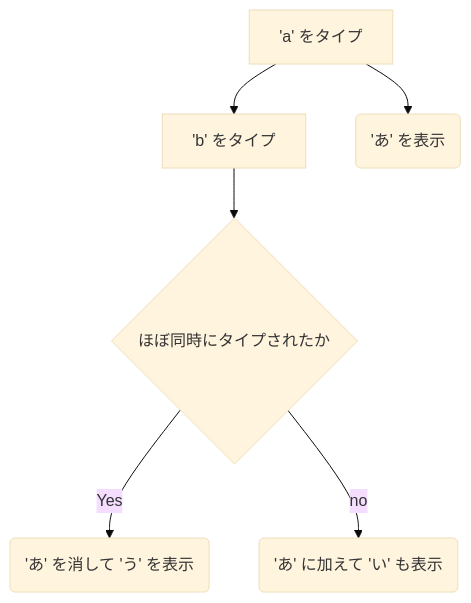
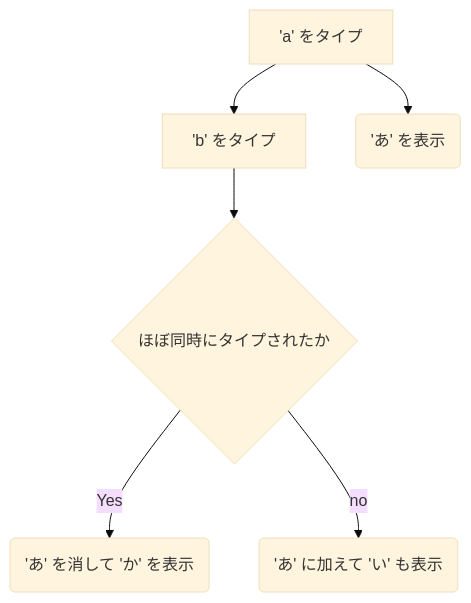
The diagram in README.md (kirameister/keyboard_layouts), drawn with Mermaid (base theme) before and after one commit. The commit also changed other lines of this file, not shown here.

````diff
--- a/README.md
+++ b/README.md
@@ -55,13 +54,13 @@
 ```mermaid
 graph TD
     A['a' をタイプ]
     B['b' をタイプ]
     a2('あ' を表示)
     C{ほぼ同時にタイプされたか}
 
     A --> a2
     A --> B
     B --> C
-    C -->|Yes| D('あ' を消して 'う' を表示)
+    C -->|Yes| D('あ' を消して 'か' を表示)
     C -->|no| E('あ' に加えて 'い' も表示)
 ```
````
